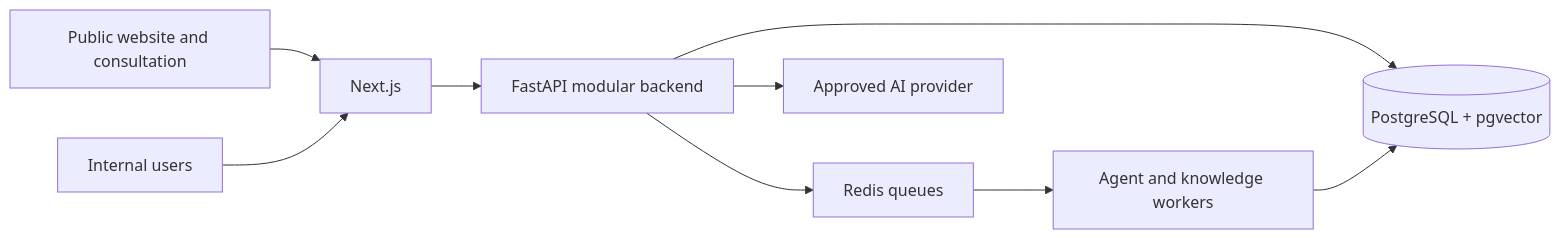
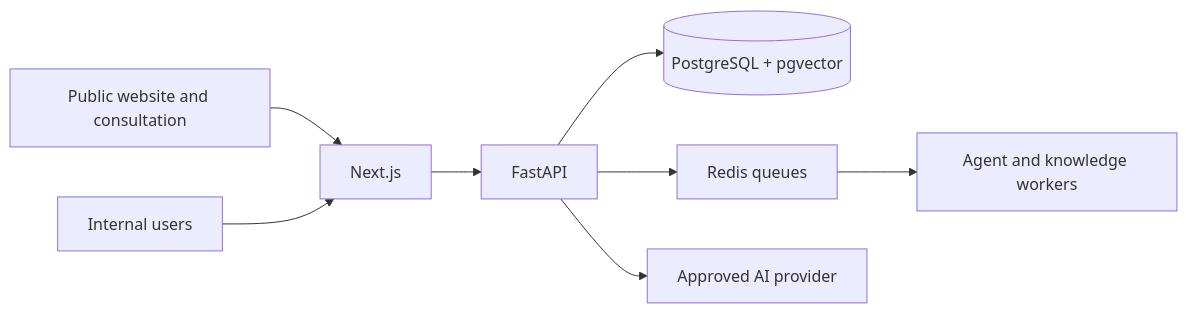
One commit to icesujie/Enterprise-AI-Business-Development-Agent-Platform changed the diagram in docs/PROJECT_CONTEXT.en.md. Above: the diagram before and after it, drawn with Mermaid. The commit also changed other lines of this file and 24 other files, not shown here.

````diff
--- a/docs/PROJECT_CONTEXT.en.md
+++ b/docs/PROJECT_CONTEXT.en.md
@@ -17,11 +15,10 @@
 ```mermaid
 flowchart LR
     Public["Public website and consultation"] --> Web["Next.js"]
     Staff["Internal users"] --> Web
-    Web --> API["FastAPI modular backend"]
+    Web --> API["FastAPI"]
     API --> DB[("PostgreSQL + pgvector")]
     API --> Redis["Redis queues"]
     Redis --> Worker["Agent and knowledge workers"]
-    Worker --> DB
     API --> Models["Approved AI provider"]
 ```
````
